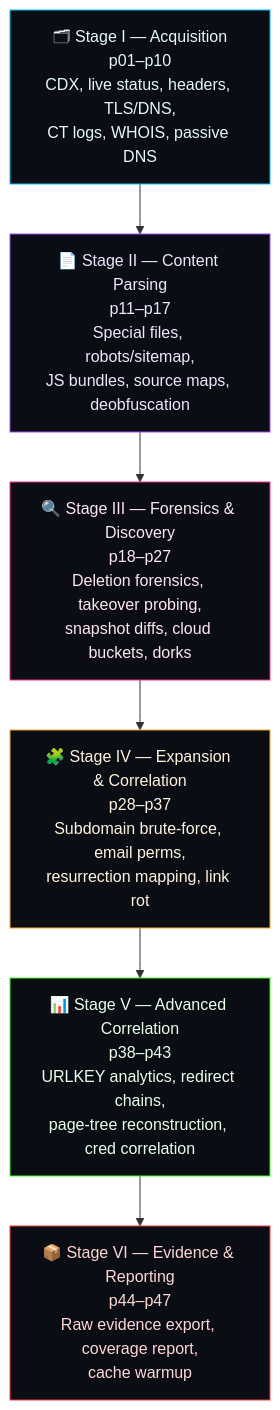
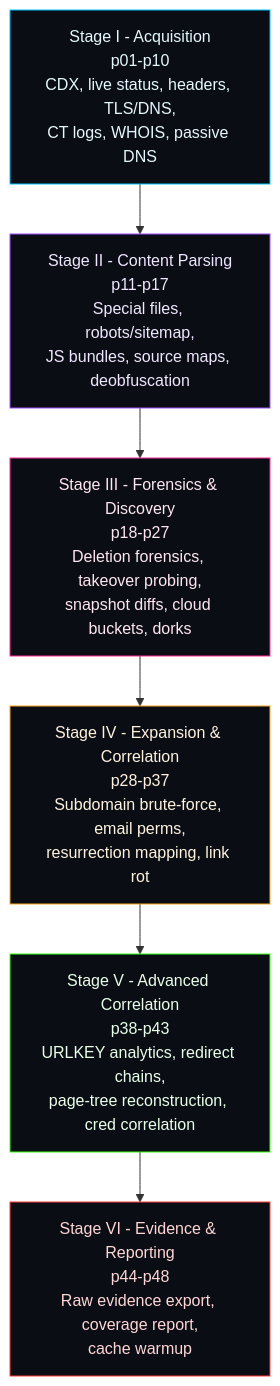
One commit to sylhetyhackvenger/STRATASCAN changed the ninth of 21 diagrams in README.md. Above: the diagram before and after it, drawn with Mermaid. The commit also changed other lines of this file, not shown here.

````diff
--- a/README.md
+++ b/README.md
@@ -857,18 +839,18 @@
 ```mermaid
 flowchart TD
-    S1["🗂 Stage I — Acquisition\np01–p10\nCDX, live status, headers, TLS/DNS,\nCT logs, WHOIS, passive DNS"]
-    S2["📄 Stage II — Content Parsing\np11–p17\nSpecial files, robots/sitemap,\nJS bundles, source maps, deobfuscation"]
-    S3["🔍 Stage III — Forensics & Discovery\np18–p27\nDeletion forensics, takeover probing,\nsnapshot diffs, cloud buckets, dorks"]
-    S4["🧩 Stage IV — Expansion & Correlation\np28–p37\nSubdomain brute-force, email perms,\nresurrection mapping, link rot"]
-    S5["📊 Stage V — Advanced Correlation\np38–p43\nURLKEY analytics, redirect chains,\npage-tree reconstruction, cred correlation"]
-    S6["📦 Stage VI — Evidence & Reporting\np44–p47\nRaw evidence export, coverage report,\ncache warmup"]
+    S1["Stage I - Acquisition<br/>p01-p10<br/>CDX, live status, headers, TLS/DNS,<br/>CT logs, WHOIS, passive DNS"]
+    S2["Stage II - Content Parsing<br/>p11-p17<br/>Special files, robots/sitemap,<br/>JS bundles, source maps, deobfuscation"]
+    S3["Stage III - Forensics & Discovery<br/>p18-p27<br/>Deletion forensics, takeover probing,<br/>snapshot diffs, cloud buckets, dorks"]
+    S4["Stage IV - Expansion & Correlation<br/>p28-p37<br/>Subdomain brute-force, email perms,<br/>resurrection mapping, link rot"]
+    S5["Stage V - Advanced Correlation<br/>p38-p43<br/>URLKEY analytics, redirect chains,<br/>page-tree reconstruction, cred correlation"]
+    S6["Stage VI - Evidence & Reporting<br/>p44-p48<br/>Raw evidence export, coverage report,<br/>cache warmup"]
 
     S1 --> S2 --> S3 --> S4 --> S5 --> S6
 
     style S1 fill:#0a0e14,stroke:#00c2ff,color:#e6f7ff
     style S2 fill:#0a0e14,stroke:#9d4dff,color:#f0e6ff
     style S3 fill:#0a0e14,stroke:#ff2d95,color:#ffe6f2
     style S4 fill:#0a0e14,stroke:#f5a623,color:#fff3e0
     style S5 fill:#0a0e14,stroke:#39ff14,color:#eaffea
     style S6 fill:#0a0e14,stroke:#ff3b3b,color:#ffd6d6
 ```
````
